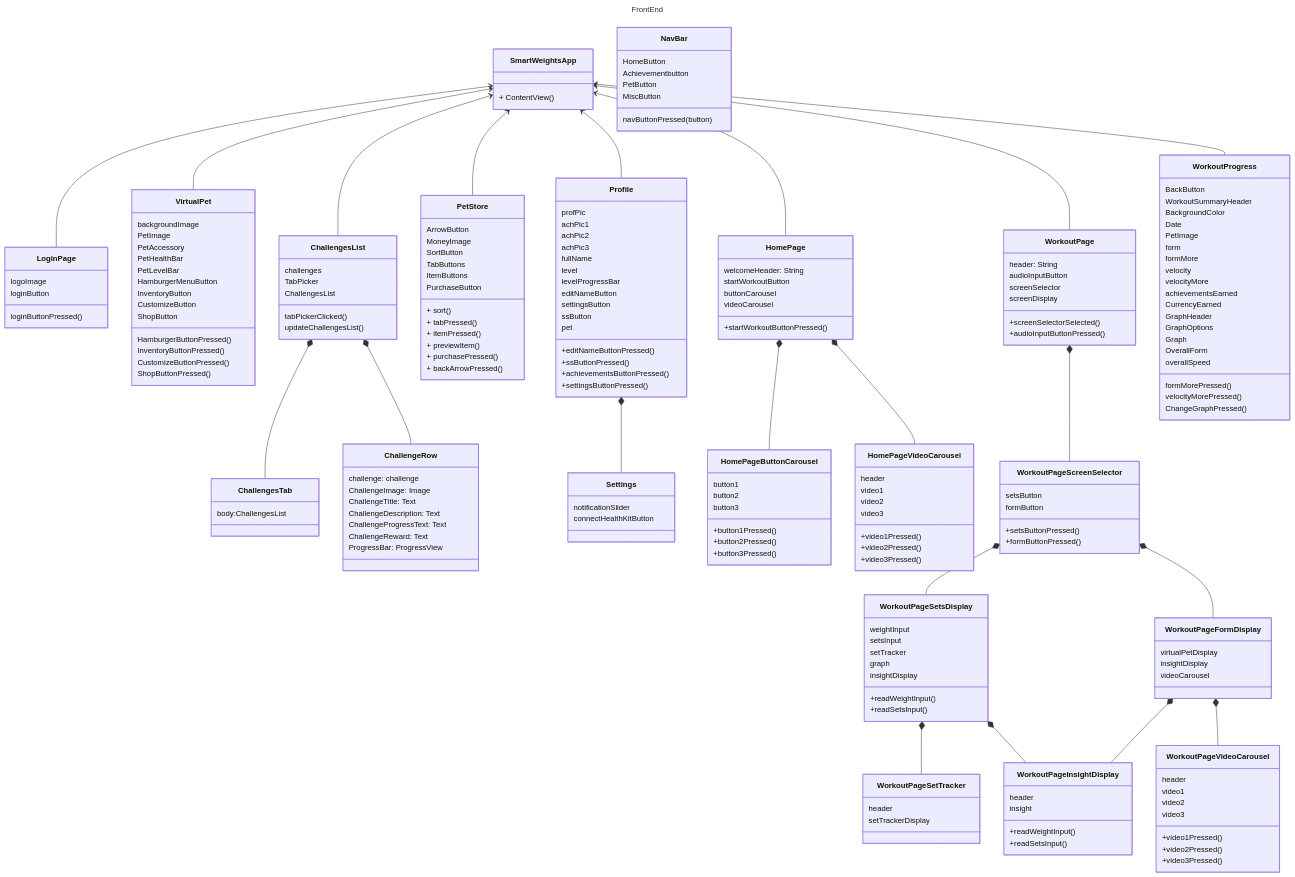
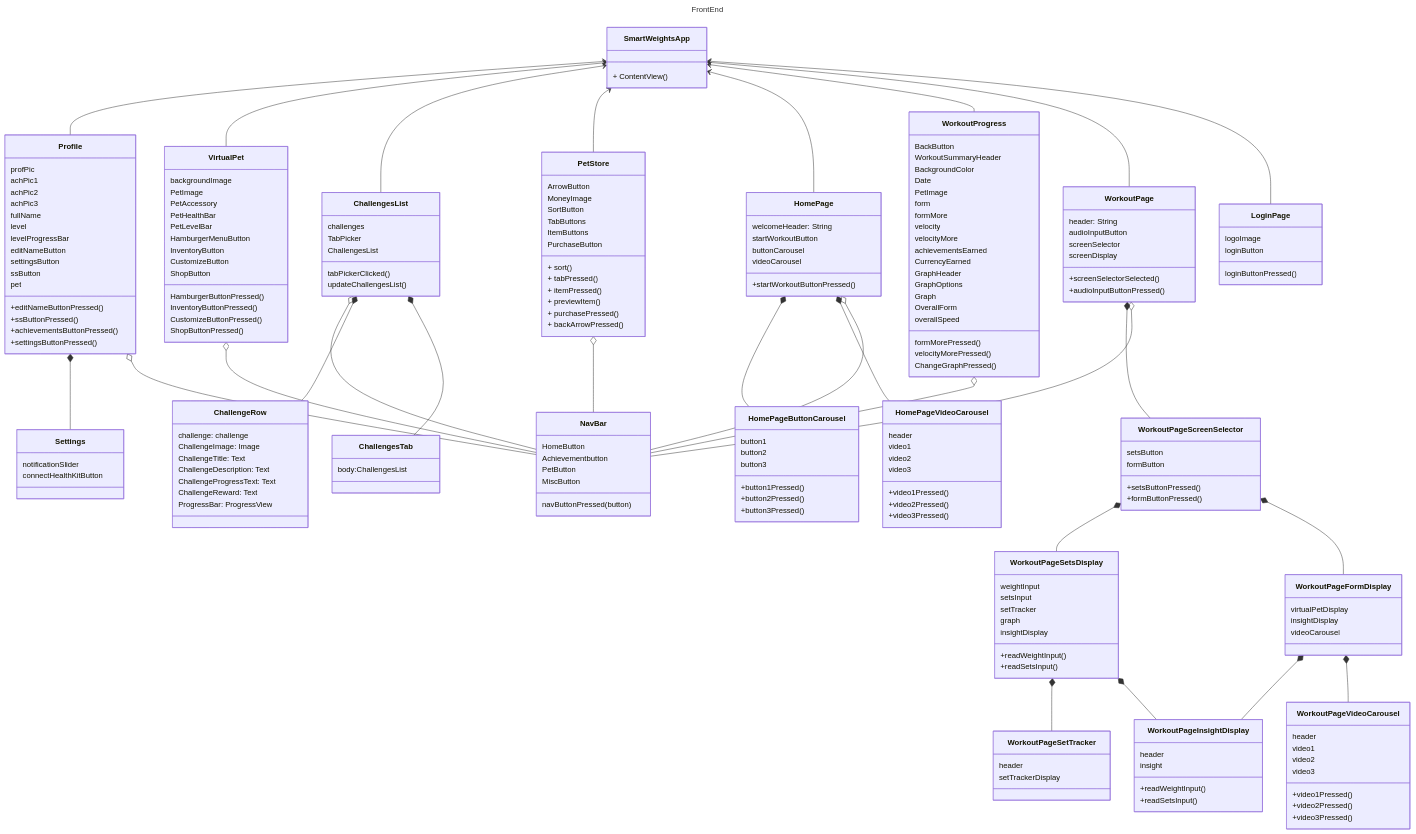
The first of 2 diagrams in documentation/docs/system-architecture/class-diagram.md (Capstone-Projects-2024-Spring/project-smartweights), drawn with Mermaid before and after one commit.

```diff
--- a/documentation/docs/system-architecture/class-diagram.md
+++ b/documentation/docs/system-architecture/class-diagram.md
@@ -222,6 +222,14 @@
     WorkoutPageFormDisplay *-- WorkoutPageVideoCarousel
     
     Profile *-- Settings
+
+    Profile o-- NavBar
+    VirtualPet o-- NavBar
+    ChallengesList o-- NavBar
+    PetStore o-- NavBar
+    HomePage o-- NavBar
+    WorkoutPage o-- NavBar
+    WorkoutProgress o-- NavBar
     
    
     ChallengesList *-- ChallengeRow
```
